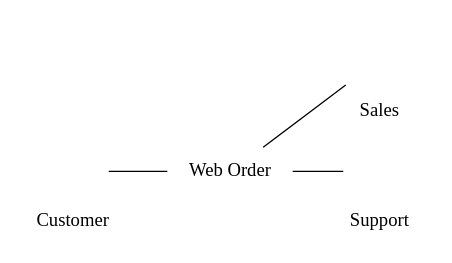
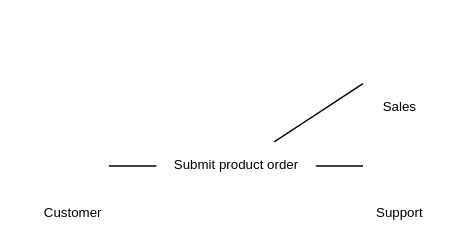
The diagram in examples/usecase1.gv (hean01/graphviz-uml), drawn with Graphviz before and after one commit.

Commit message:
A few more fixes ton the graph.

```diff
--- a/examples/usecase1.gv
+++ b/examples/usecase1.gv
@@ -1,25 +1,27 @@
 digraph G {
 	/* basic setup */
 	rankdir = LR;
+	fontname="Helvetica";
+	fontsize="10";
 	edge [arrowhead=none];
-	node [shape=objective,peripheries=0,label=""];
+	node [shape=objective,peripheries=0,label="",fontname="Helvetica", fontsize="10"];
 
 	/* Actors */
 	subgraph clusterCustomer {label="Customer"; labelloc="b"; peripheries=0;
 		 customer [shape=actor]; };
 
 	subgraph clusterSales {label="Sales"; labelloc="b"; peripheries=0;
 		 sales [shape=actor]; };
 
 	subgraph clusterSupport {label="Support"; labelloc="b"; peripheries=0;
 		 support [shape=actor]; };
 
 
 	/* Objectives */
-	order [label="Web Order"];
+	order [label="Submit product order"];
 	
 	/* Relations */
 	customer->order
 	order->sales
 	order->support
 }
```
